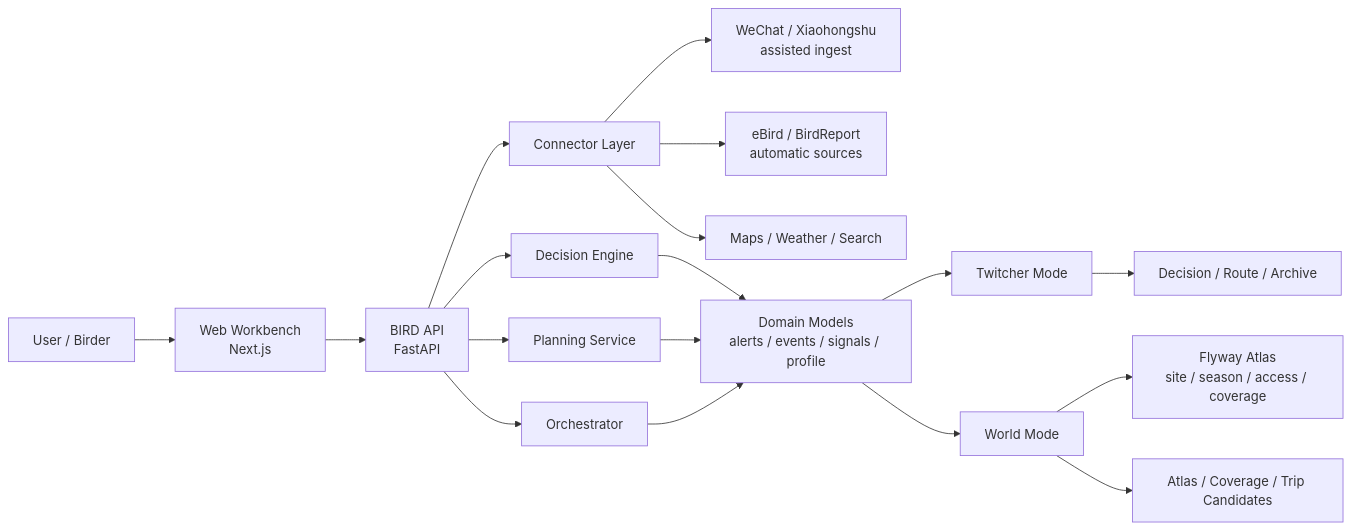
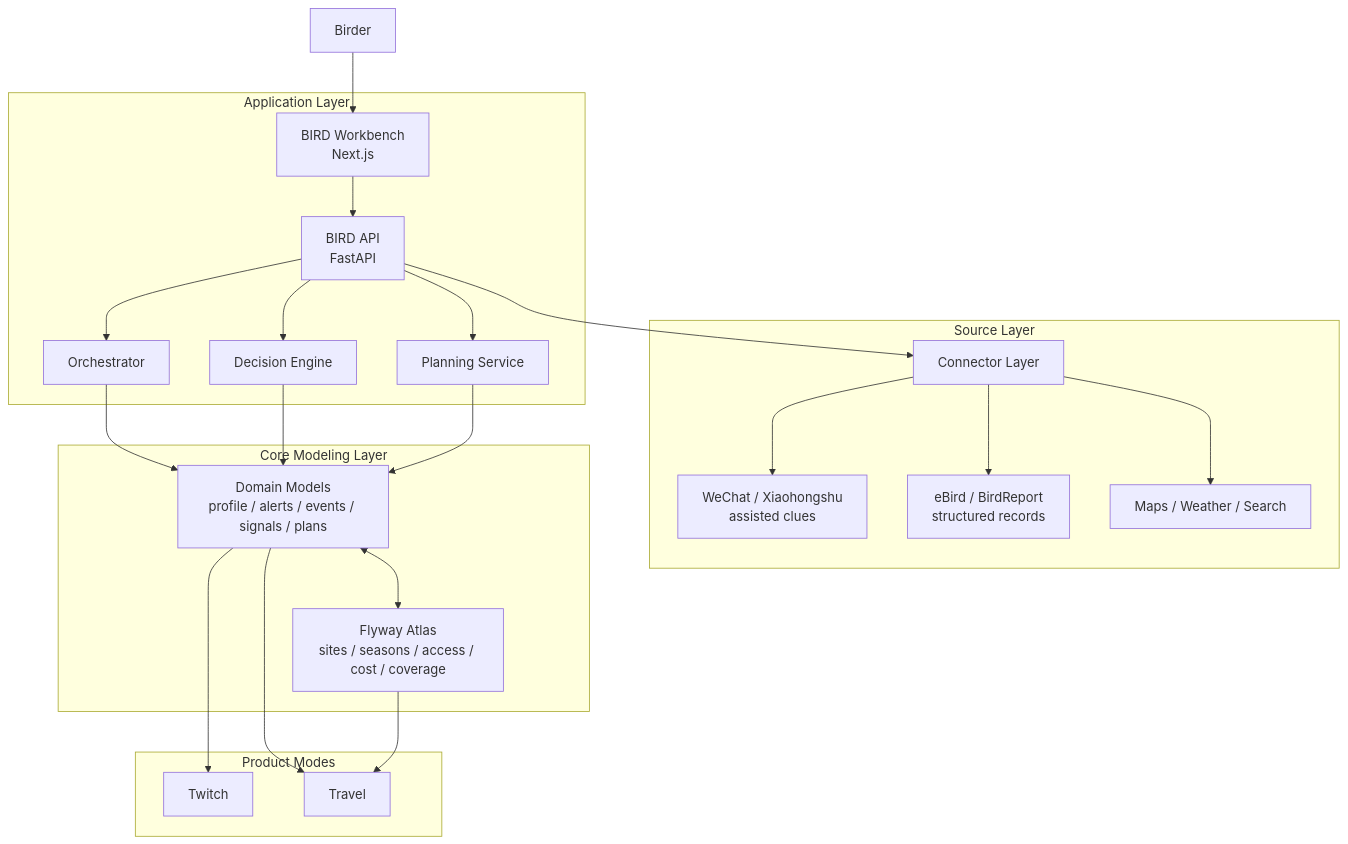
One commit to Crescent-Starling/Birding-Intelligent-Route-Designer-BIRD changed the first of 2 diagrams in README.md. Above: the diagram before and after it, drawn with Mermaid. The commit also changed other lines of this file and 1 other file, not shown here.

Commit message:
Add MIT license and refine README diagrams

````diff
--- a/README.md
+++ b/README.md
@@ -25,25 +25,39 @@
 ```mermaid
-flowchart LR
-    U["User / Birder"] --> W["Web Workbench<br/>Next.js"]
-    W --> API["BIRD API<br/>FastAPI"]
+flowchart TB
+    U["Birder"] --> UI["BIRD Workbench<br/>Next.js"]
 
-    API --> ORCH["Orchestrator"]
-    API --> DEC["Decision Engine"]
-    API --> PLAN["Planning Service"]
-    API --> CONN["Connector Layer"]
+    subgraph App["Application Layer"]
+        UI --> API["BIRD API<br/>FastAPI"]
+        API --> ORCH["Orchestrator"]
+        API --> DEC["Decision Engine"]
+        API --> PLAN["Planning Service"]
+    end
 
-    CONN --> WECHAT["WeChat / Xiaohongshu<br/>assisted ingest"]
-    CONN --> EBIRD["eBird / BirdReport<br/>automatic sources"]
-    CONN --> MAPWX["Maps / Weather / Search"]
+    subgraph Sources["Source Layer"]
+        CONN["Connector Layer"]
+        CONN --> S1["WeChat / Xiaohongshu<br/>assisted clues"]
+        CONN --> S2["eBird / BirdReport<br/>structured records"]
+        CONN --> S3["Maps / Weather / Search"]
+    end
 
-    DEC --> DOMAIN["Domain Models<br/>alerts / events / signals / profile"]
+    API --> CONN
+
+    subgraph Core["Core Modeling Layer"]
+        DOMAIN["Domain Models<br/>profile / alerts / events / signals / plans"]
+        ATLAS["Flyway Atlas<br/>sites / seasons / access / cost / coverage"]
+    end
+
+    ORCH --> DOMAIN
+    DEC --> DOMAIN
     PLAN --> DOMAIN
-    ORCH --> DOMAIN
+    DOMAIN <--> ATLAS
 
-    DOMAIN --> TW["Twitcher Mode"]
-    DOMAIN --> WM["World Mode"]
-    WM --> ATLAS["Flyway Atlas<br/>site / season / access / coverage"]
+    subgraph Modes["Product Modes"]
+        TW["Twitch"]
+        TR["Travel"]
+    end
 
-    TW --> OUT1["Decision / Route / Archive"]
-    WM --> OUT2["Atlas / Coverage / Trip Candidates"]
+    DOMAIN --> TW
+    DOMAIN --> TR
+    ATLAS --> TR
 ```
````
